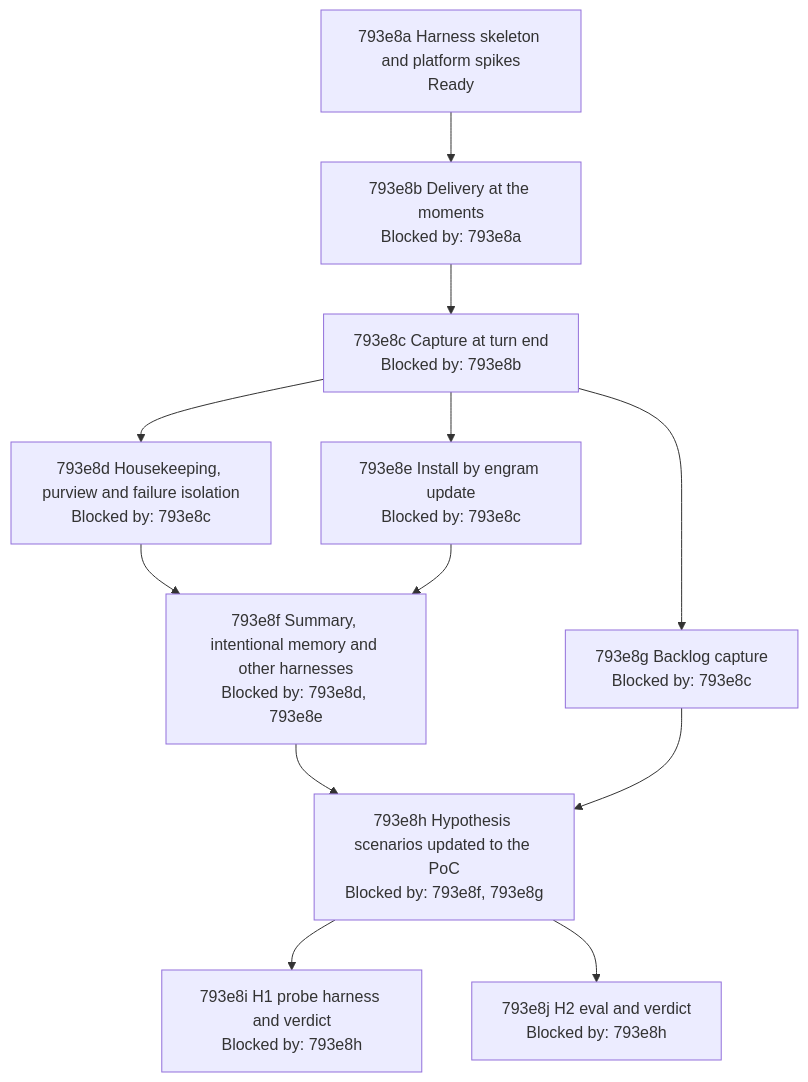
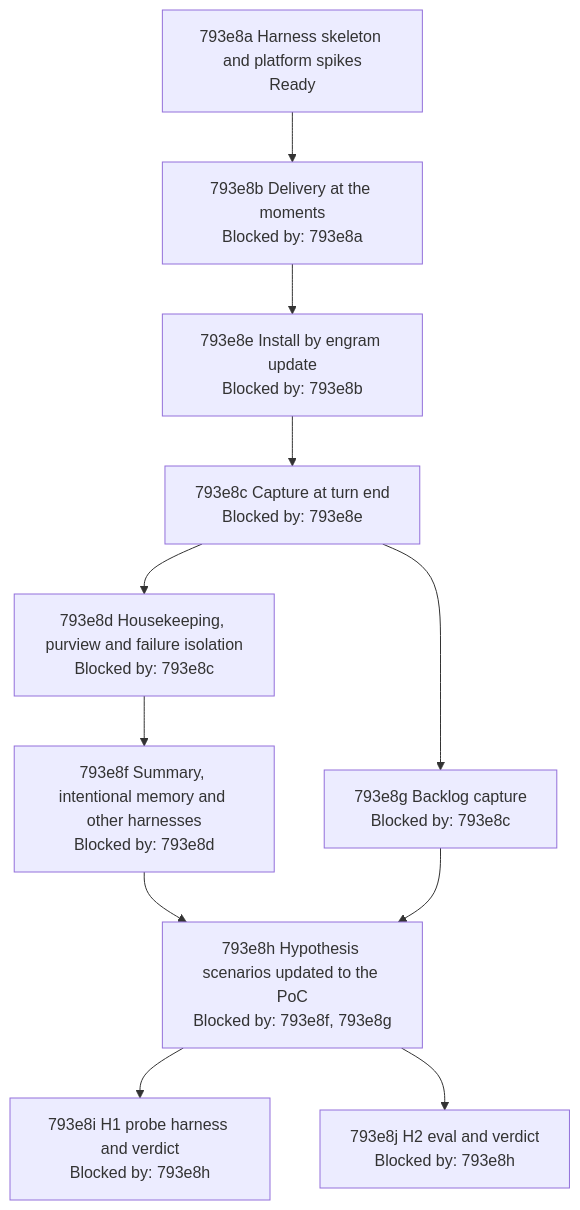
One commit to toejough/engram changed the diagram in docs/changes/793_parallel-memory-agent/793e_implementation-plan.md. Above: the diagram before and after it, drawn with Mermaid. The commit also changed other lines of this file and 3 other files, not shown here.

````diff
--- a/docs/changes/793_parallel-memory-agent/793e_implementation-plan.md
+++ b/docs/changes/793_parallel-memory-agent/793e_implementation-plan.md
@@ -121,23 +137,21 @@
 ```mermaid
 flowchart TD
   n793e8a["793e8a Harness skeleton and platform spikes<br/>Ready"]
   n793e8b["793e8b Delivery at the moments<br/>Blocked by: 793e8a"]
-  n793e8c["793e8c Capture at turn end<br/>Blocked by: 793e8b"]
+  n793e8e["793e8e Install by engram update<br/>Blocked by: 793e8b"]
+  n793e8c["793e8c Capture at turn end<br/>Blocked by: 793e8e"]
   n793e8d["793e8d Housekeeping, purview and failure isolation<br/>Blocked by: 793e8c"]
-  n793e8e["793e8e Install by engram update<br/>Blocked by: 793e8c"]
-  n793e8f["793e8f Summary, intentional memory and other harnesses<br/>Blocked by: 793e8d, 793e8e"]
   n793e8g["793e8g Backlog capture<br/>Blocked by: 793e8c"]
+  n793e8f["793e8f Summary, intentional memory and other harnesses<br/>Blocked by: 793e8d"]
   n793e8h["793e8h Hypothesis scenarios updated to the PoC<br/>Blocked by: 793e8f, 793e8g"]
   n793e8i["793e8i H1 probe harness and verdict<br/>Blocked by: 793e8h"]
   n793e8j["793e8j H2 eval and verdict<br/>Blocked by: 793e8h"]
-  n793e8a --> n793e8b --> n793e8c
+  n793e8a --> n793e8b --> n793e8e --> n793e8c
   n793e8c --> n793e8d
-  n793e8c --> n793e8e
   n793e8c --> n793e8g
   n793e8d --> n793e8f
-  n793e8e --> n793e8f
   n793e8f --> n793e8h
   n793e8g --> n793e8h
   n793e8h --> n793e8i
   n793e8h --> n793e8j
 ```
````
